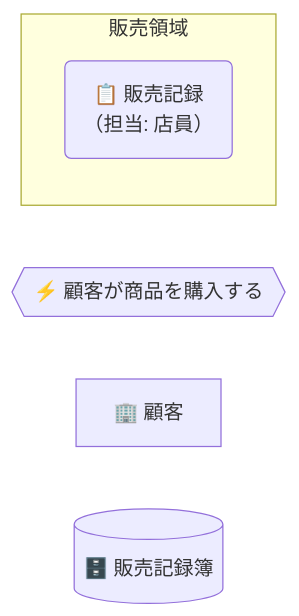
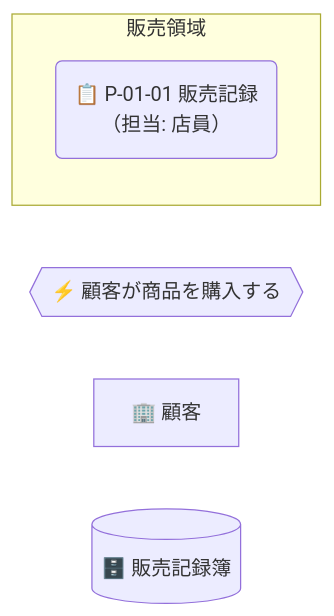
One commit to specdojo/specdojo changed the second of 5 diagrams in docs/ja/specdojo/rulebooks/cdfd-mermaid-rulebook.md. Above: the diagram before and after it, drawn with Mermaid. The commit also changed other lines of this file and 12 other files, not shown here.

````diff
--- a/docs/ja/specdojo/rulebooks/cdfd-mermaid-rulebook.md
+++ b/docs/ja/specdojo/rulebooks/cdfd-mermaid-rulebook.md
@@ -146,9 +137,9 @@
 ```mermaid
 flowchart LR
   subgraph 販売領域["販売領域"]
-    販売記録("📋 販売記録<br>（担当: 店員）")
+    販売記録("📋 P-01-01 販売記録<br>（担当: 店員）")
   end
   購入要求{{"⚡ 顧客が商品を購入する"}}
   顧客["🏢 顧客"]
   販売記録簿[("🗄️ 販売記録簿")]
 ```
````
